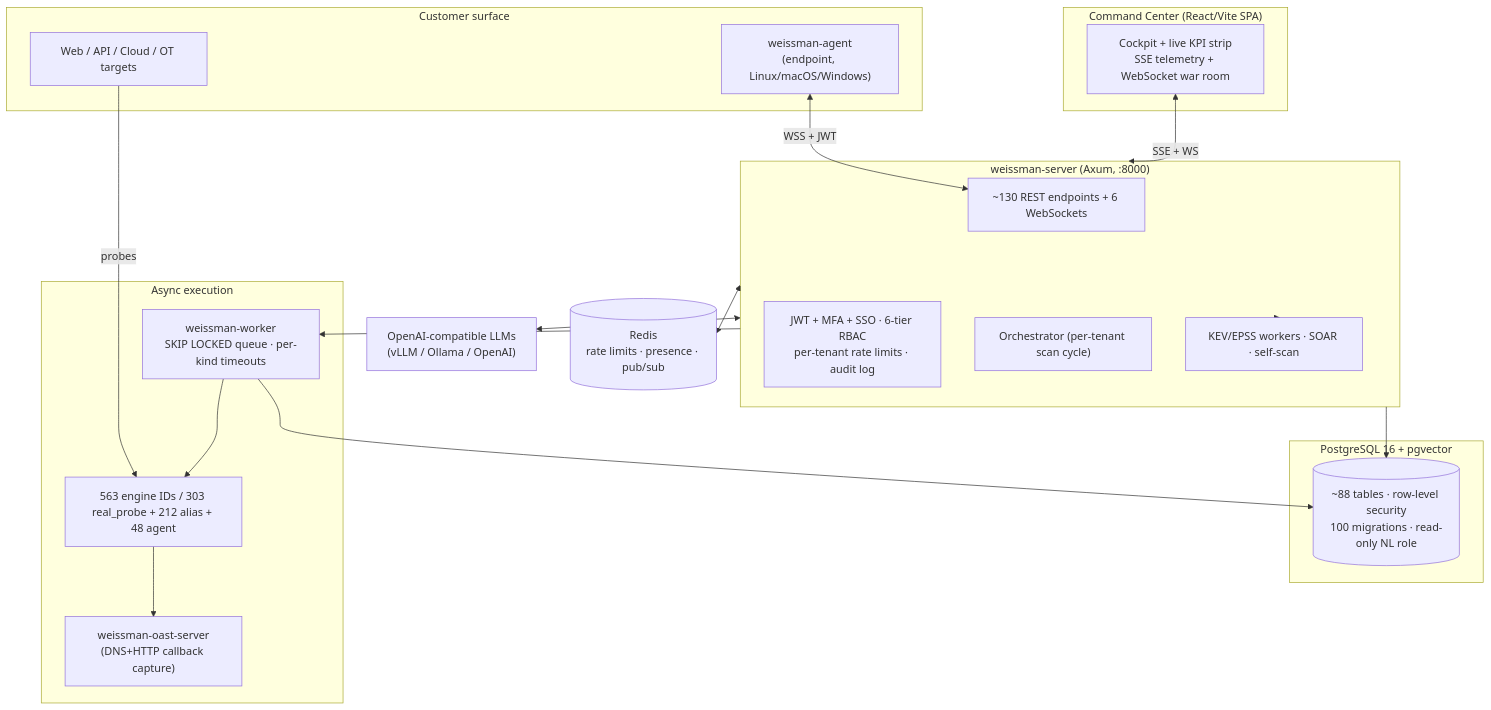
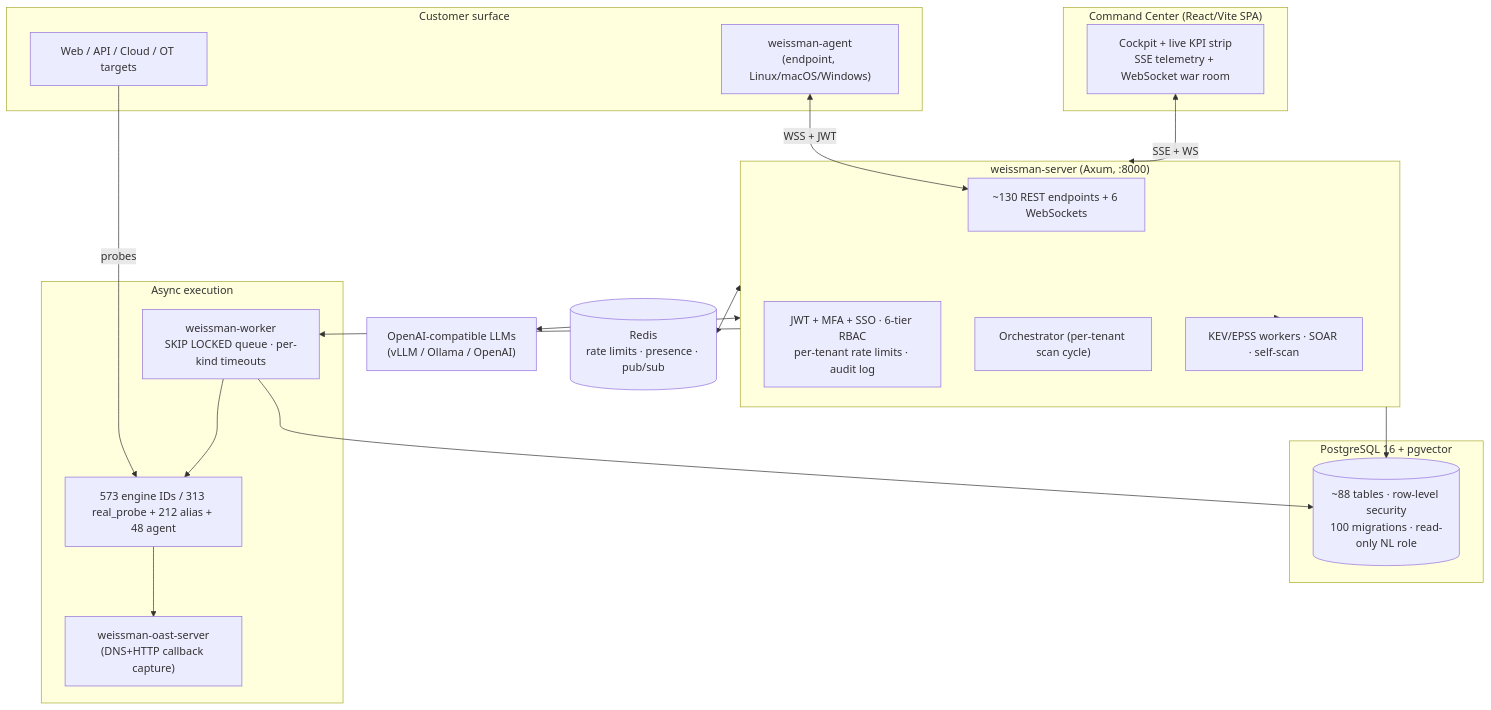
One commit to israel12132/weissman-cybersecurity changed the diagram in Weissman_Cybersecurity_Executive_Technical_Briefing.md. Above: the diagram before and after it, drawn with Mermaid. The commit also changed other lines of this file and 65 other files, not shown here.

````diff
--- a/Weissman_Cybersecurity_Executive_Technical_Briefing.md
+++ b/Weissman_Cybersecurity_Executive_Technical_Briefing.md
@@ -98,43 +98,43 @@
 ```mermaid
 flowchart TB
     subgraph client["Customer surface"]
       WEB["Web / API / Cloud / OT targets"]
       AGENT["weissman-agent\n(endpoint, Linux/macOS/Windows)"]
     end
 
     subgraph ui["Command Center (React/Vite SPA)"]
       COCKPIT["Cockpit + live KPI strip\nSSE telemetry + WebSocket war room"]
     end
 
     subgraph api["weissman-server (Axum, :8000)"]
       ROUTES["~130 REST endpoints + 6 WebSockets"]
       AUTHZ["JWT + MFA + SSO · 6-tier RBAC\nper-tenant rate limits · audit log"]
       ORCH["Orchestrator (per-tenant scan cycle)"]
       INTEL["KEV/EPSS workers · SOAR · self-scan"]
     end
 
     subgraph data["PostgreSQL 16 + pgvector"]
       DB[("~88 tables · row-level security\n100 migrations · read-only NL role")]
     end
 
     subgraph workers["Async execution"]
       WORKER["weissman-worker\nSKIP LOCKED queue · per-kind timeouts"]
-      ENGINES["563 engine IDs / 303 real_probe + 212 alias + 48 agent"]
+      ENGINES["573 engine IDs / 313 real_probe + 212 alias + 48 agent"]
       OAST["weissman-oast-server\n(DNS+HTTP callback capture)"]
     end
 
     LLM["OpenAI-compatible LLMs\n(vLLM / Ollama / OpenAI)"]
     REDIS[("Redis\nrate limits · presence · pub/sub")]
 
     COCKPIT <-->|SSE + WS| api
     WEB <-- probes --- ENGINES
     AGENT <-->|WSS + JWT| ROUTES
     api --> DB
     WORKER --> DB
     api --> WORKER
     WORKER --> ENGINES
     ENGINES --> OAST
     api <--> LLM
     api <--> REDIS
     api --> INTEL
 ```
````
